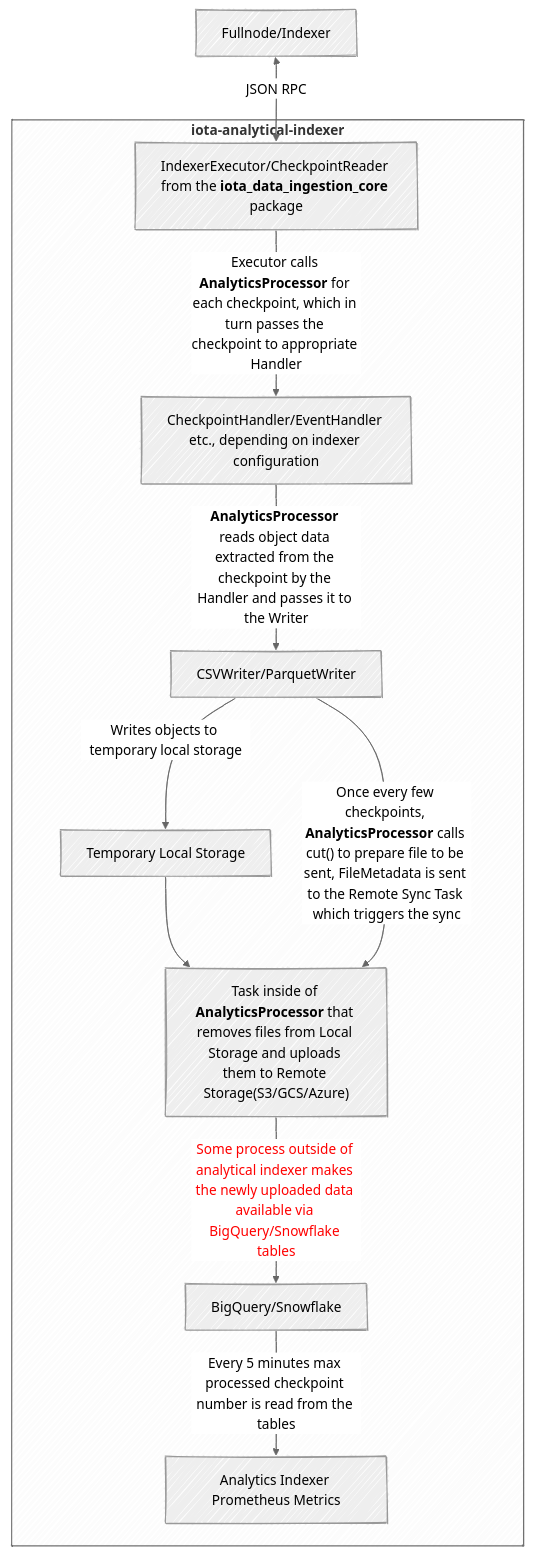
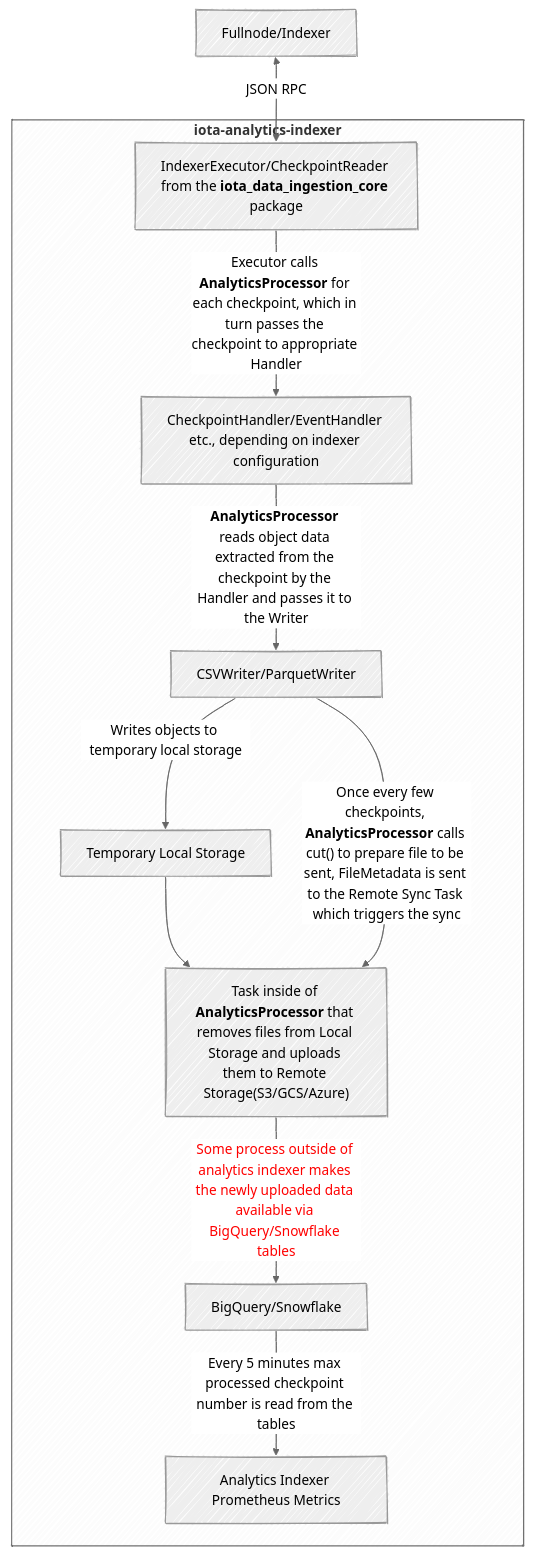
Before and after one commit to iotaledger/iota: the diagram in crates/iota-analytics-indexer/README.md, drawn with Mermaid. The commit also changed other lines of this file, not shown here.

Commit message:
Fixing review remarks:  - Added more info about SnowFlake and BigQuery  - Expanded a bit the comparison with iota-indexer  - Added more info about schemas for exported data

````diff
--- a/crates/iota-analytics-indexer/README.md
+++ b/crates/iota-analytics-indexer/README.md
@@ -48,20 +97,20 @@
 ```mermaid
 ---
 config:
   look: handDrawn
   theme: neutral
 ---
 flowchart TD
     FNODE["Fullnode/Indexer"] <-->|JSON RPC| CPREADER["`IndexerExecutor/CheckpointReader from the **iota_data_ingestion_core** package`"];
-    subgraph "`**iota-analytical-indexer**`"
+    subgraph "`**iota-analytics-indexer**`"
         CPREADER -->|"`Executor calls **AnalyticsProcessor** for each checkpoint, which in turn passes the checkpoint to appropriate Handler`"| HANDLER["CheckpointHandler/EventHandler etc., depending on indexer configuration"]
         HANDLER -->|"`**AnalyticsProcessor** reads object data extracted from the checkpoint by the Handler and passes it to the Writer`"| WRITER["CSVWriter/ParquetWriter"]
         WRITER -->|Writes objects to temporary local storage| DISK[Temporary Local Storage]
         DISK --> REMOTESYNC["`Task inside of **AnalyticsProcessor** that removes files from Local Storage and uploads them to Remote Storage(S3/GCS/Azure)`"]
         WRITER -->|"`Once every few checkpoints, **AnalyticsProcessor** calls cut() to prepare file to be sent, FileMetadata is sent to the Remote Sync Task which triggers the sync`"| REMOTESYNC
-        REMOTESYNC -->|Some process outside of analytical indexer makes the newly uploaded data available via BigQuery/Snowflake tables| BQSF["BigQuery/Snowflake"]
+        REMOTESYNC -->|Some process outside of analytics indexer makes the newly uploaded data available via BigQuery/Snowflake tables| BQSF["BigQuery/Snowflake"]
         BQSF -->|"Every 5 minutes max processed checkpoint number is read from the tables"| METRICS[Analytics Indexer Prometheus Metrics]
     end
 
 linkStyle 6 color:red;
 ```
````
